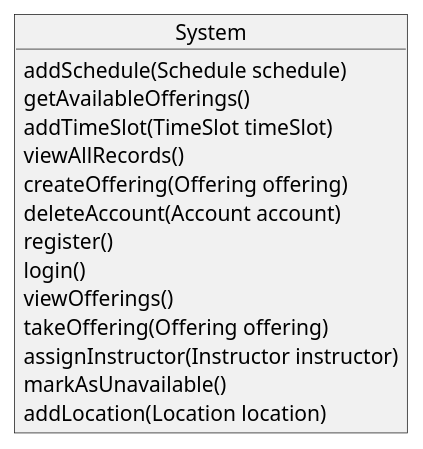
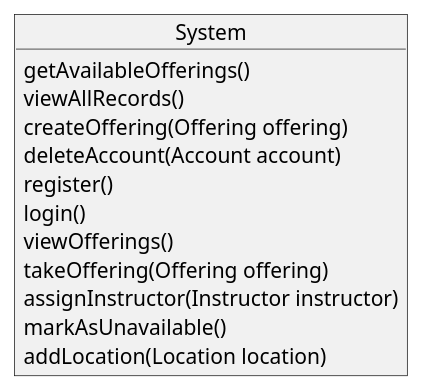
The diagram in Documentation/SystemOperations.plantUML (FrancoDominguez/SOEN342-project), drawn with PlantUML before and after one commit.

```diff
--- a/Documentation/SystemOperations.plantUML
+++ b/Documentation/SystemOperations.plantUML
@@ -1,24 +1,22 @@
 @startuml SystemOperations
 
 object System {
-    addSchedule(Schedule schedule)
     getAvailableOfferings()
-    addTimeSlot(TimeSlot timeSlot)
     viewAllRecords()
     createOffering(Offering offering)
     deleteAccount(Account account)
     register()
     login()
     viewOfferings()
     takeOffering(Offering offering)
     assignInstructor(Instructor instructor)
     markAsUnavailable()
     addLocation(Location location)
     'makeBooking(Offering offering)
     'viewBookings()
     'cancelBooking(Booking booking)
     'handleBooking(Offering offering)
     'cancel()
 }
 
 @enduml
```
